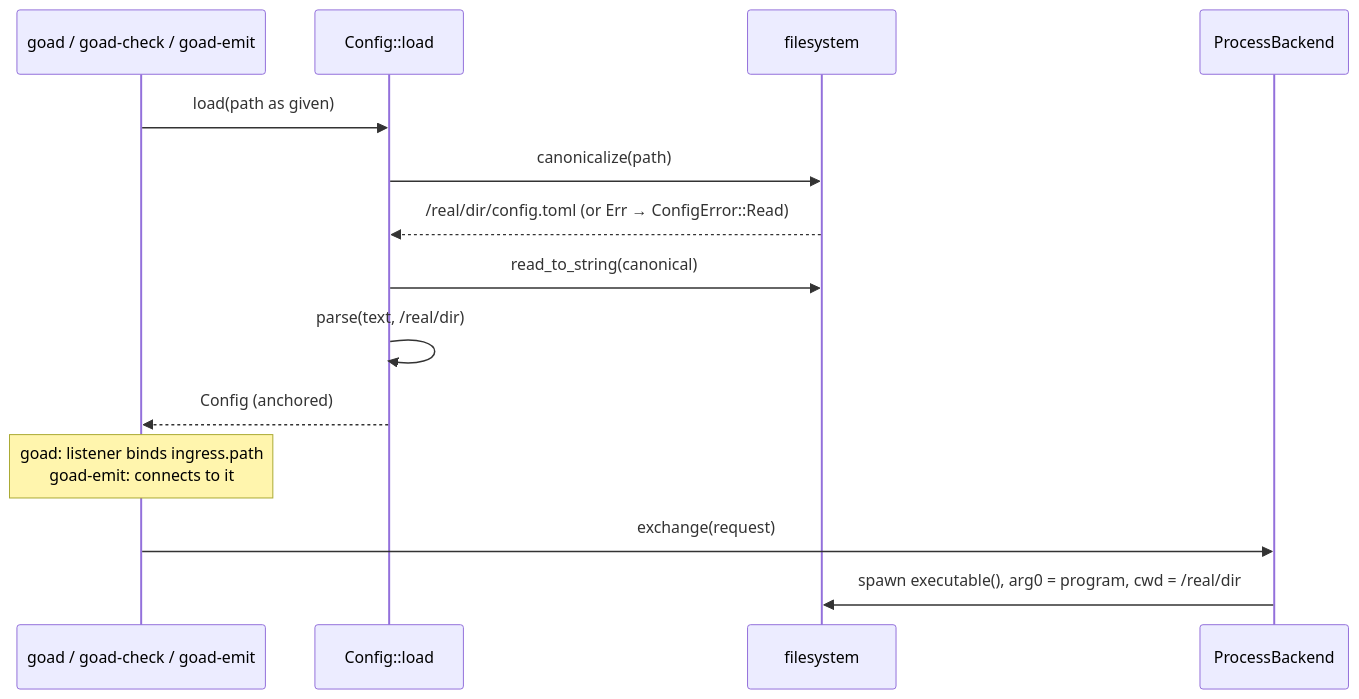
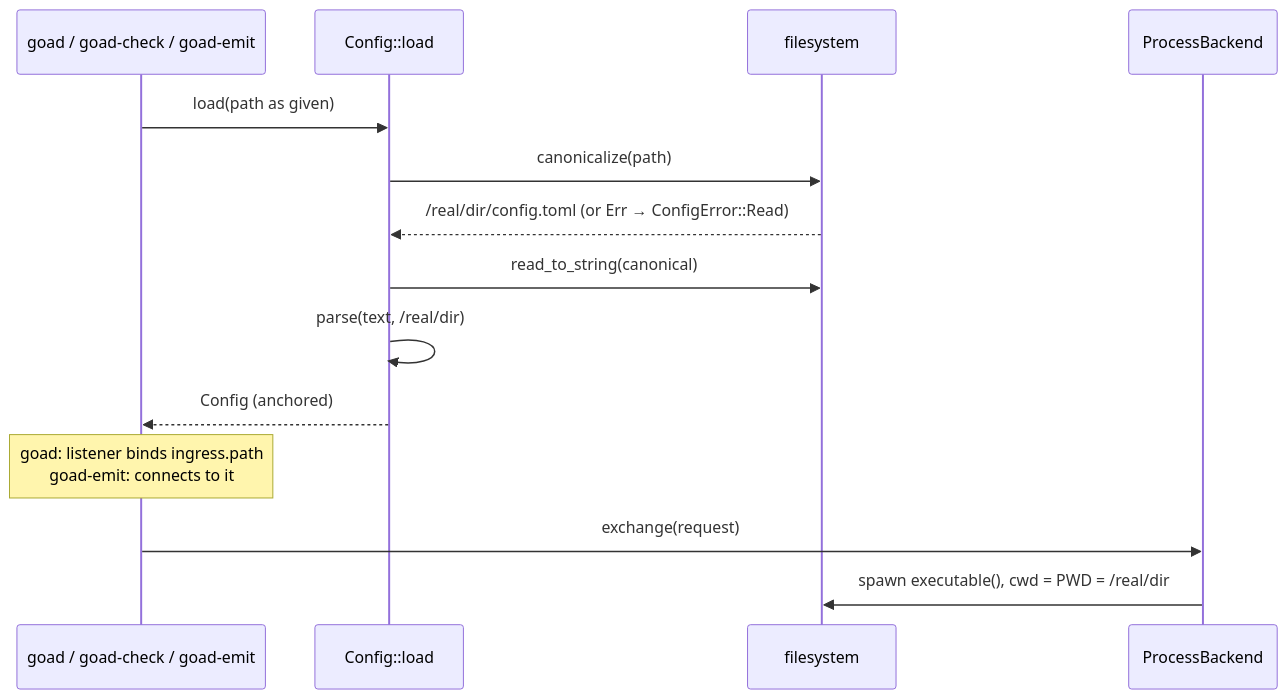
The second of 2 diagrams in docs/slices/015/design.md (davidlee/goad), drawn with Mermaid before and after one commit. The commit also changed other lines of this file and 5 other files, not shown here.

````diff
--- a/docs/slices/015/design.md
+++ b/docs/slices/015/design.md
@@ -168,16 +194,16 @@
 ```mermaid
 sequenceDiagram
   participant B as goad / goad-check / goad-emit
   participant L as Config::load
   participant FS as filesystem
   participant PB as ProcessBackend
   B->>L: load(path as given)
   L->>FS: canonicalize(path)
   FS-->>L: /real/dir/config.toml  (or Err → ConfigError::Read)
   L->>FS: read_to_string(canonical)
   L->>L: parse(text, /real/dir)
   L-->>B: Config (anchored)
   Note over B: goad: listener binds ingress.path<br/>goad-emit: connects to it
   B->>PB: exchange(request)
-  PB->>FS: spawn executable(), arg0 = program, cwd = /real/dir
+  PB->>FS: spawn executable(), cwd = PWD = /real/dir
 ```
````
